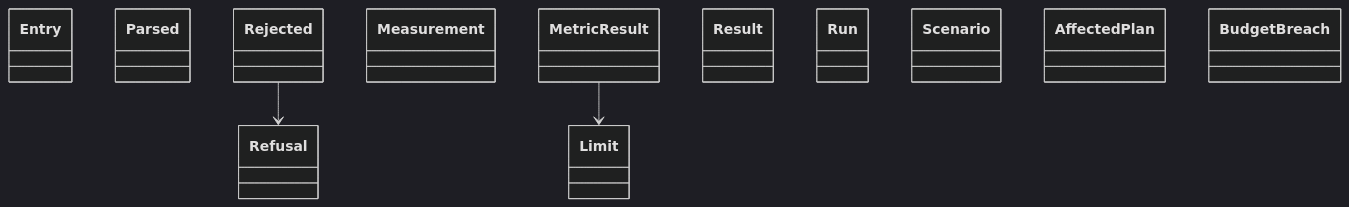
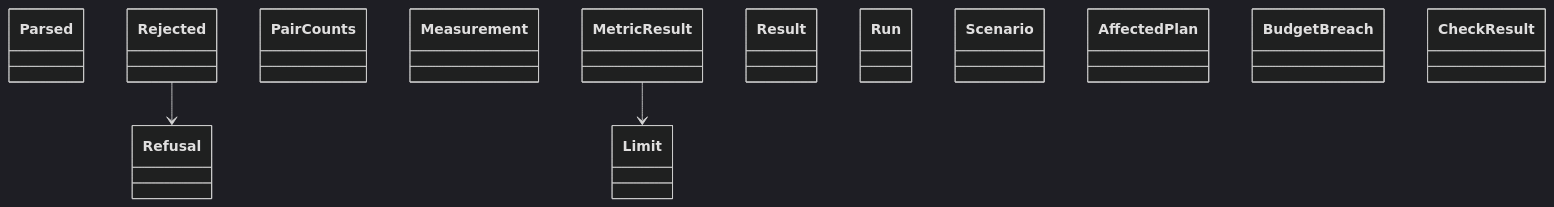
Before and after one commit to GonzaloZevallos/agentic-system: the diagram in docs/architecture/generated/classes-process-domain-checks-2.md, drawn with Mermaid (dark theme). The commit also changed 6 other files, not shown here.

````diff
--- a/docs/architecture/generated/classes-process-domain-checks-2.md
+++ b/docs/architecture/generated/classes-process-domain-checks-2.md
@@ -21,17 +21,18 @@
 ```mermaid
 classDiagram
-    class coverage__Entry["Entry"]
     class coverage__Parsed["Parsed"]
     class coverage__Refusal["Refusal"]
     class coverage__Rejected["Rejected"]
+    class merge_ci__PairCounts["PairCounts"]
     class performance__Limit["Limit"]
     class performance__Measurement["Measurement"]
     class performance__MetricResult["MetricResult"]
     class performance__Result["Result"]
     class performance__Run["Run"]
     class performance__Scenario["Scenario"]
     class presubmit__AffectedPlan["AffectedPlan"]
     class presubmit__BudgetBreach["BudgetBreach"]
+    class presubmit__CheckResult["CheckResult"]
     coverage__Rejected --> coverage__Refusal
     performance__MetricResult --> performance__Limit
 ```
````
